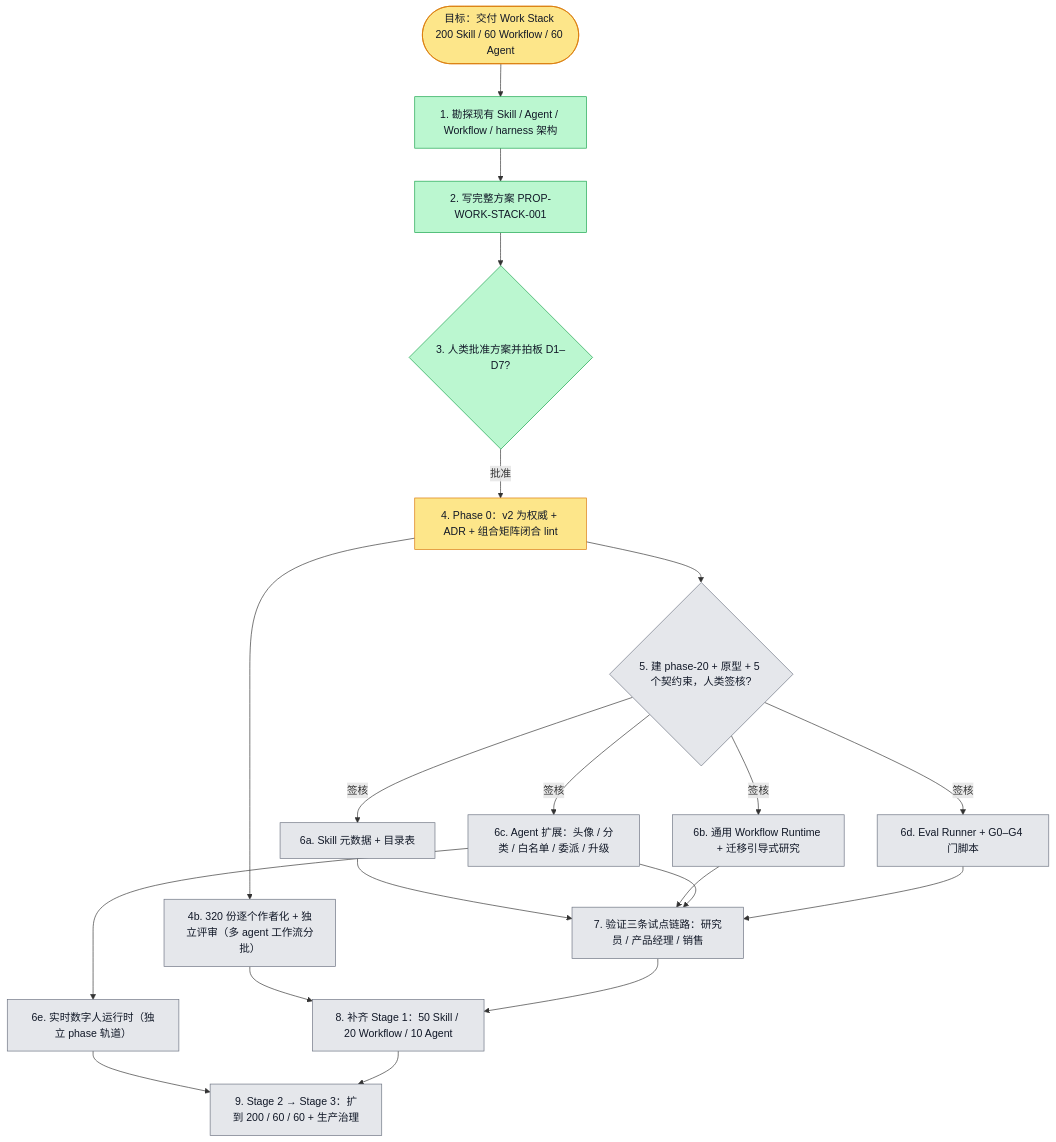
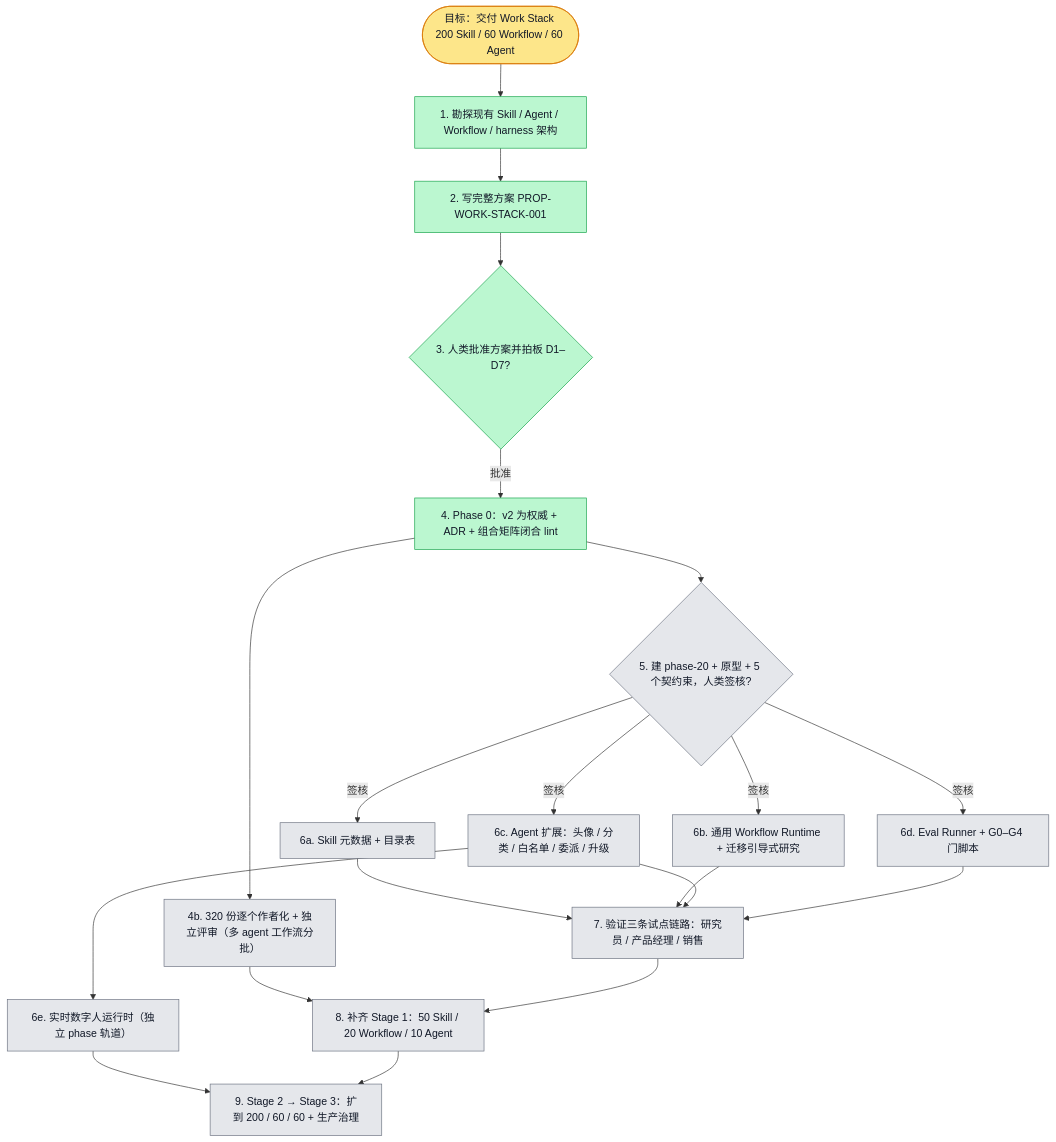
One commit to boardx/workspacex changed the diagram in docs/proposals/PROP-WORK-STACK-001.plan.md. Above: the diagram before and after it, drawn with Mermaid. The commit also changed other lines of this file and 12 other files, not shown here.

First line of the commit message:
docs(work-stack): Phase 0 — v2 authority, ADR-116~121, graph closure lint (#4534)

````diff
--- a/docs/proposals/PROP-WORK-STACK-001.plan.md
+++ b/docs/proposals/PROP-WORK-STACK-001.plan.md
@@ -18,47 +18,47 @@
 ```mermaid
 flowchart TD
   G([目标：交付 Work Stack 200 Skill / 60 Workflow / 60 Agent])
   R1[1. 勘探现有 Skill / Agent / Workflow / harness 架构]
   R2[2. 写完整方案 PROP-WORK-STACK-001]
   H1{3. 人类批准方案并拍板 D1–D7?}
   P0[4. Phase 0：v2 为权威 + ADR + 组合矩阵闭合 lint]
   AU[4b. 320 份逐个作者化 + 独立评审（多 agent 工作流分批）]
   RT[6e. 实时数字人运行时（独立 phase 轨道）]
   H2{5. 建 phase-20 + 原型 + 5 个契约束，人类签核?}
   A1[6a. Skill 元数据 + 目录表]
   A2[6b. 通用 Workflow Runtime + 迁移引导式研究]
   A3[6c. Agent 扩展：头像 / 分类 / 白名单 / 委派 / 升级]
   A4[6d. Eval Runner + G0–G4 门脚本]
   V1[7. 验证三条试点链路：研究员 / 产品经理 / 销售]
   C1[8. 补齐 Stage 1：50 Skill / 20 Workflow / 10 Agent]
   X1[9. Stage 2 → Stage 3：扩到 200 / 60 / 60 + 生产治理]
 
   G --> R1 --> R2 --> H1
   H1 -- 批准 --> P0 --> H2
   P0 --> AU --> C1
   A3 --> RT --> X1
   H2 -- 签核 --> A1 & A2 & A3 & A4
   A1 & A2 & A3 & A4 --> V1 --> C1 --> X1
 
   classDef todo fill:#e5e7eb,stroke:#6b7280,color:#111827
   classDef doing fill:#fde68a,stroke:#d97706,color:#111827
   classDef done fill:#bbf7d0,stroke:#16a34a,color:#111827
   classDef tested fill:#ddd6fe,stroke:#7c3aed,color:#111827
   classDef blocked fill:#fecaca,stroke:#dc2626,color:#111827
 
   class G doing
   class R1 done
   class R2 done
   class H1 done
-  class P0 doing
+  class P0 done
   class H2 todo
   class AU todo
   class RT todo
   class A1 todo
   class A2 todo
   class A3 todo
   class A4 todo
   class V1 todo
   class C1 todo
   class X1 todo
 ```
````
